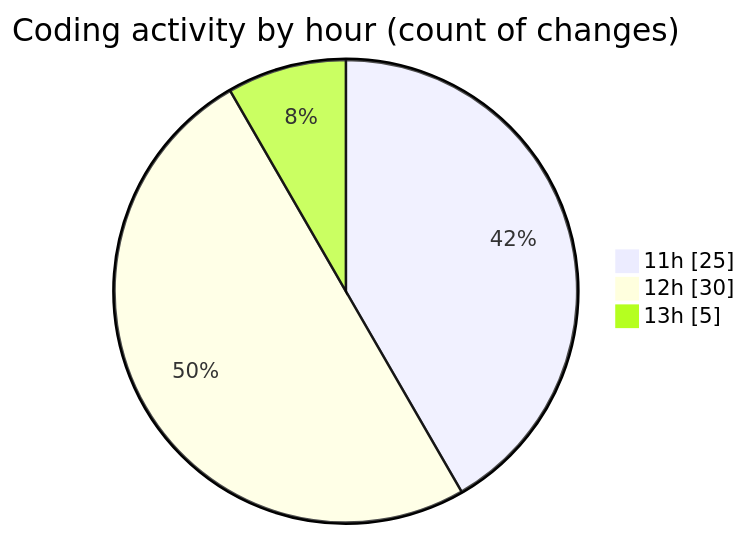
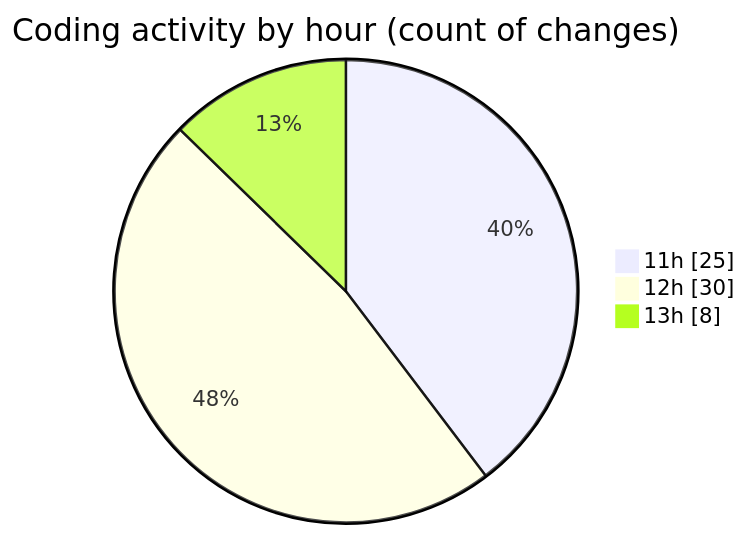
One commit to nxtqubesakshisongat/code-tracking changed the second of 2 diagrams in 2025-08-13/nxtqube_webapp/README.md. Above: the diagram before and after it, drawn with Mermaid. The commit also changed other lines of this file and 1 other file, not shown here.

````diff
--- a/2025-08-13/nxtqube_webapp/README.md
+++ b/2025-08-13/nxtqube_webapp/README.md
@@ -33,7 +33,7 @@
 ```mermaid
 pie showData
 title Coding activity by hour (count of changes)
 "11h" : 25
 "12h" : 30
-"13h" : 5
+"13h" : 8
 ```
````
